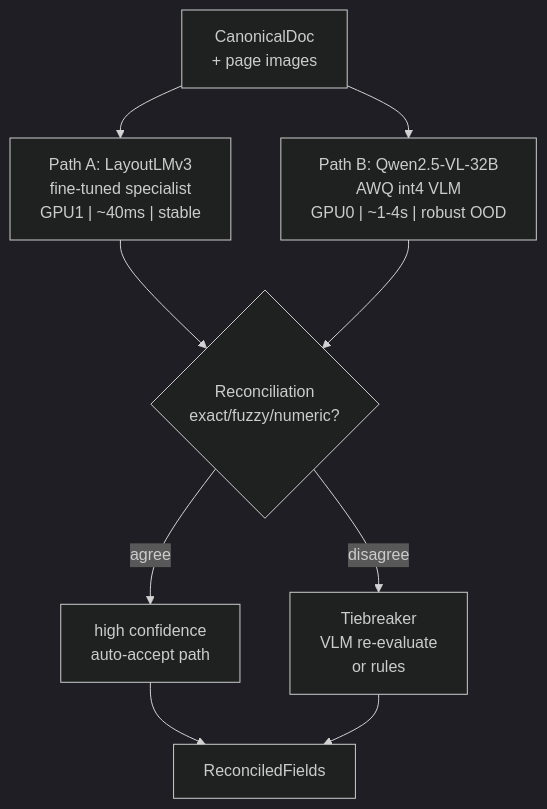
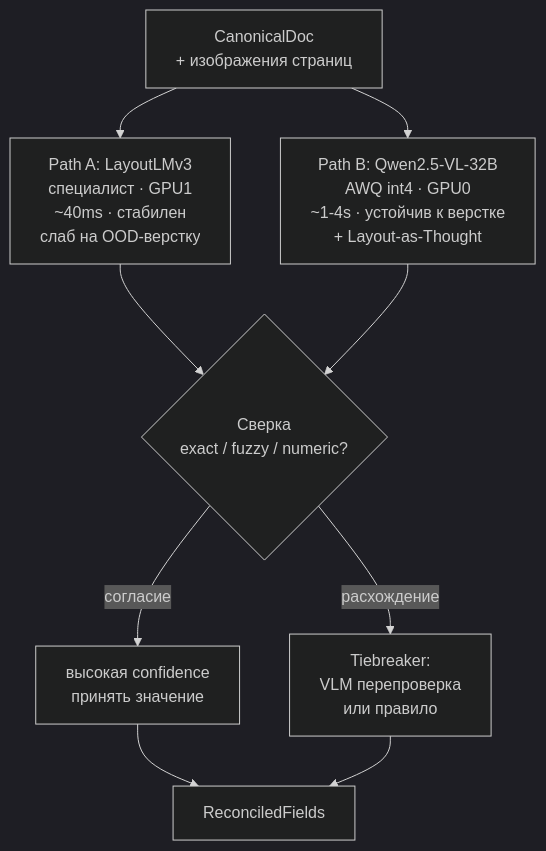
The fifth of 5 diagrams in docs/SUMMARY.md (Zhilg/NEI), drawn with Mermaid (dark theme) before and after one commit. The commit also changed other lines of this file, not shown here.

````diff
--- a/docs/SUMMARY.md
+++ b/docs/SUMMARY.md
@@ -171,14 +251,14 @@
 ```mermaid
 flowchart TB
-    DOC["CanonicalDoc\n+ page images"] --> PA["Path A: LayoutLMv3\nfine-tuned specialist\nGPU1 | ~40ms | stable"]
-    DOC --> PB["Path B: Qwen2.5-VL-32B\nAWQ int4 VLM\nGPU0 | ~1-4s | robust OOD"]
+    DOC["CanonicalDoc\n+ изображения страниц"] --> PA["Path A: LayoutLMv3\nспециалист · GPU1\n~40ms · стабилен\nслаб на OOD-верстку"]
+    DOC --> PB["Path B: Qwen2.5-VL-32B\nAWQ int4 · GPU0\n~1-4s · устойчив к верстке\n+ Layout-as-Thought"]
     
-    PA --> REC{"Reconciliation\nexact/fuzzy/numeric?"}
+    PA --> REC{"Сверка\nexact / fuzzy / numeric?"}
     PB --> REC
     
-    REC -->|agree| HIGH["high confidence\nauto-accept path"]
-    REC -->|disagree| TIE["Tiebreaker\nVLM re-evaluate\nor rules"]
+    REC -->|согласие| HIGH["высокая confidence\nпринять значение"]
+    REC -->|расхождение| TIE["Tiebreaker:\nVLM перепроверка\nили правило"]
     
     HIGH --> OUT["ReconciledFields"]
     TIE --> OUT
 ```
````
